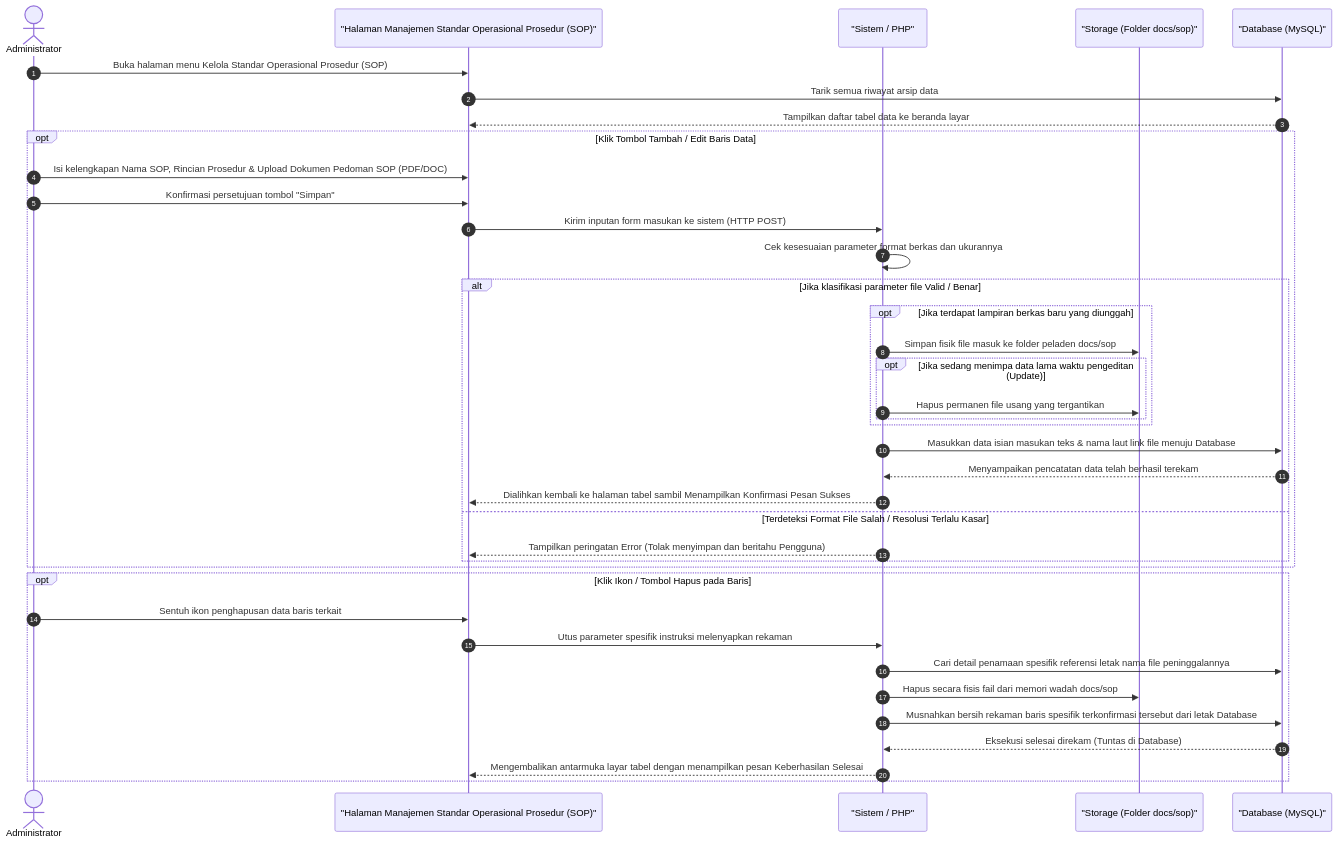
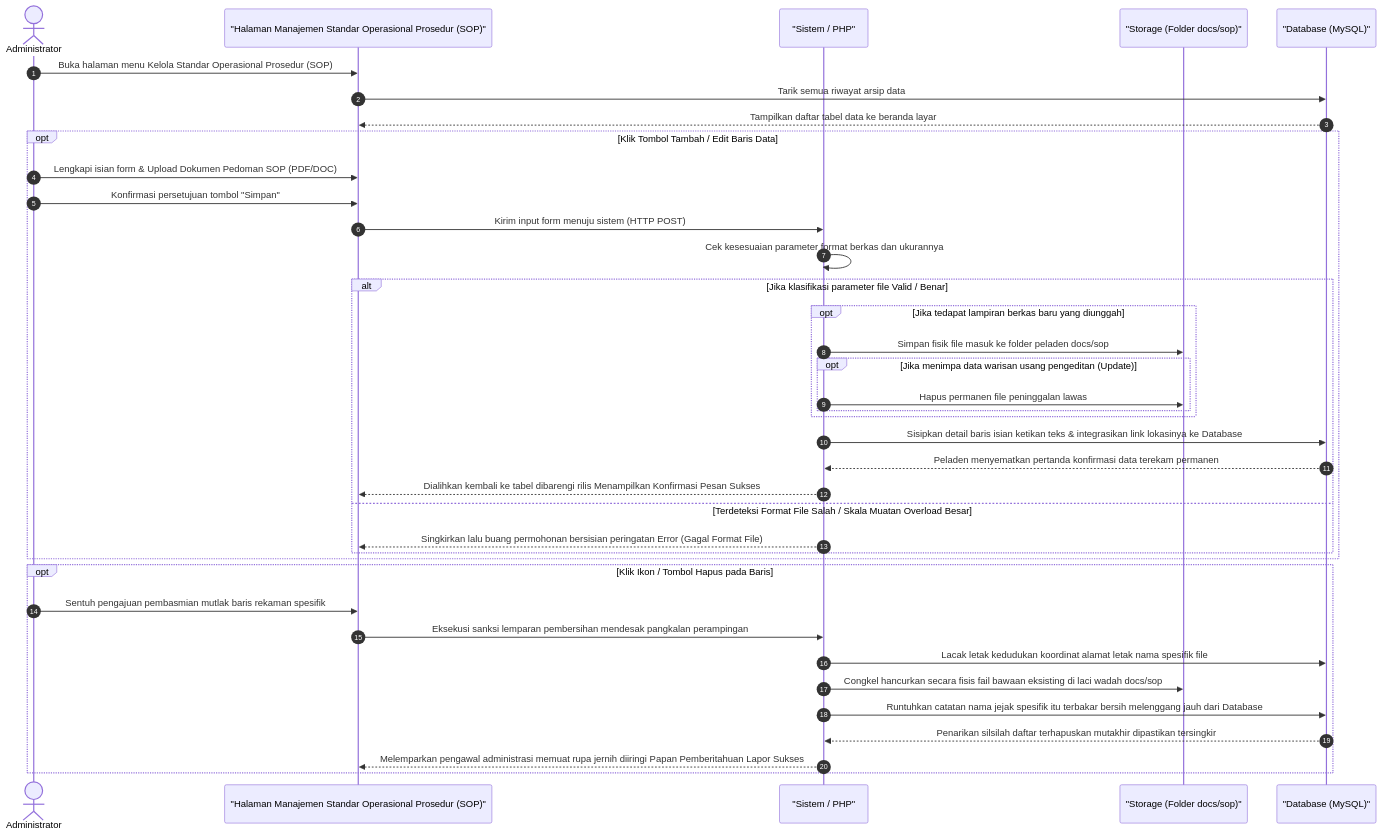
The diagram in docs/sequence_diagram_admin_sop.md (arbain-dev/Web_fikom), drawn with Mermaid before and after one commit. The commit also changed other lines of this file and 18 other files, not shown here.

Commit message:
docs: mengubah format penjelasan sequence administrator dari list menjadi paragraf naratif

````diff
--- a/docs/sequence_diagram_admin_sop.md
+++ b/docs/sequence_diagram_admin_sop.md
@@ -29,48 +15,48 @@
 ```mermaid
 sequenceDiagram
     autonumber
     actor Admin as Administrator
     participant View as "Halaman Manajemen Standar Operasional Prosedur (SOP)"
     participant System as "Sistem / PHP"
     participant Server as "Storage (Folder docs/sop)"
     participant DB as "Database (MySQL)"
 
     Admin->>View: Buka halaman menu Kelola Standar Operasional Prosedur (SOP)
     View->>DB: Tarik semua riwayat arsip data
     DB-->>View: Tampilkan daftar tabel data ke beranda layar
 
     %% Proses Tambah / Edit
     opt Klik Tombol Tambah / Edit Baris Data
-        Admin->>View: Isi kelengkapan Nama SOP, Rincian Prosedur & Upload Dokumen Pedoman SOP (PDF/DOC)
+        Admin->>View: Lengkapi isian form & Upload Dokumen Pedoman SOP (PDF/DOC)
         Admin->>View: Konfirmasi persetujuan tombol "Simpan"
-        View->>System: Kirim inputan form masukan ke sistem (HTTP POST)
+        View->>System: Kirim input form menuju sistem (HTTP POST)
 
         System->>System: Cek kesesuaian parameter format berkas dan ukurannya
         
         alt Jika klasifikasi parameter file Valid / Benar
-            opt Jika terdapat lampiran berkas baru yang diunggah
+            opt Jika tedapat lampiran berkas baru yang diunggah
                 System->>Server: Simpan fisik file masuk ke folder peladen docs/sop
-                opt Jika sedang menimpa data lama waktu pengeditan (Update)
-                    System->>Server: Hapus permanen file usang yang tergantikan
+                opt Jika menimpa data warisan usang pengeditan (Update)
+                    System->>Server: Hapus permanen file peninggalan lawas
                 end
             end
             
-            System->>DB: Masukkan data isian masukan teks & nama laut link file menuju Database
-            DB-->>System: Menyampaikan pencatatan data telah berhasil terekam
-            System-->>View: Dialihkan kembali ke halaman tabel sambil Menampilkan Konfirmasi Pesan Sukses
-        else Terdeteksi Format File Salah / Resolusi Terlalu Kasar
-            System-->>View: Tampilkan peringatan Error (Tolak menyimpan dan beritahu Pengguna)
+            System->>DB: Sisipkan detail baris isian ketikan teks & integrasikan link lokasinya ke Database
+            DB-->>System: Peladen menyematkan pertanda konfirmasi data terekam permanen
+            System-->>View: Dialihkan kembali ke tabel dibarengi rilis Menampilkan Konfirmasi Pesan Sukses
+        else Terdeteksi Format File Salah / Skala Muatan Overload Besar
+            System-->>View: Singkirkan lalu buang permohonan bersisian peringatan Error (Gagal Format File)
         end
     end
 
     %% Proses Hapus
     opt Klik Ikon / Tombol Hapus pada Baris
-        Admin->>View: Sentuh ikon penghapusan data baris terkait
-        View->>System: Utus parameter spesifik instruksi melenyapkan rekaman
-        System->>DB: Cari detail penamaan spesifik referensi letak nama file peninggalannya
-        System->>Server: Hapus secara fisis fail dari memori wadah docs/sop
-        System->>DB: Musnahkan bersih rekaman baris spesifik terkonfirmasi tersebut dari letak Database
-        DB-->>System: Eksekusi selesai direkam (Tuntas di Database)
-        System-->>View: Mengembalikan antarmuka layar tabel dengan menampilkan pesan Keberhasilan Selesai
+        Admin->>View: Sentuh pengajuan pembasmian mutlak baris rekaman spesifik
+        View->>System: Eksekusi sanksi lemparan pembersihan mendesak pangkalan perampingan
+        System->>DB: Lacak letak kedudukan koordinat alamat letak nama spesifik file 
+        System->>Server: Congkel hancurkan secara fisis fail bawaan eksisting di laci wadah docs/sop
+        System->>DB: Runtuhkan catatan nama jejak spesifik itu terbakar bersih melenggang jauh dari Database
+        DB-->>System: Penarikan silsilah daftar terhapuskan mutakhir dipastikan tersingkir
+        System-->>View: Melemparkan pengawal administrasi memuat rupa jernih diiringi Papan Pemberitahuan Lapor Sukses 
     end
 ```
````
